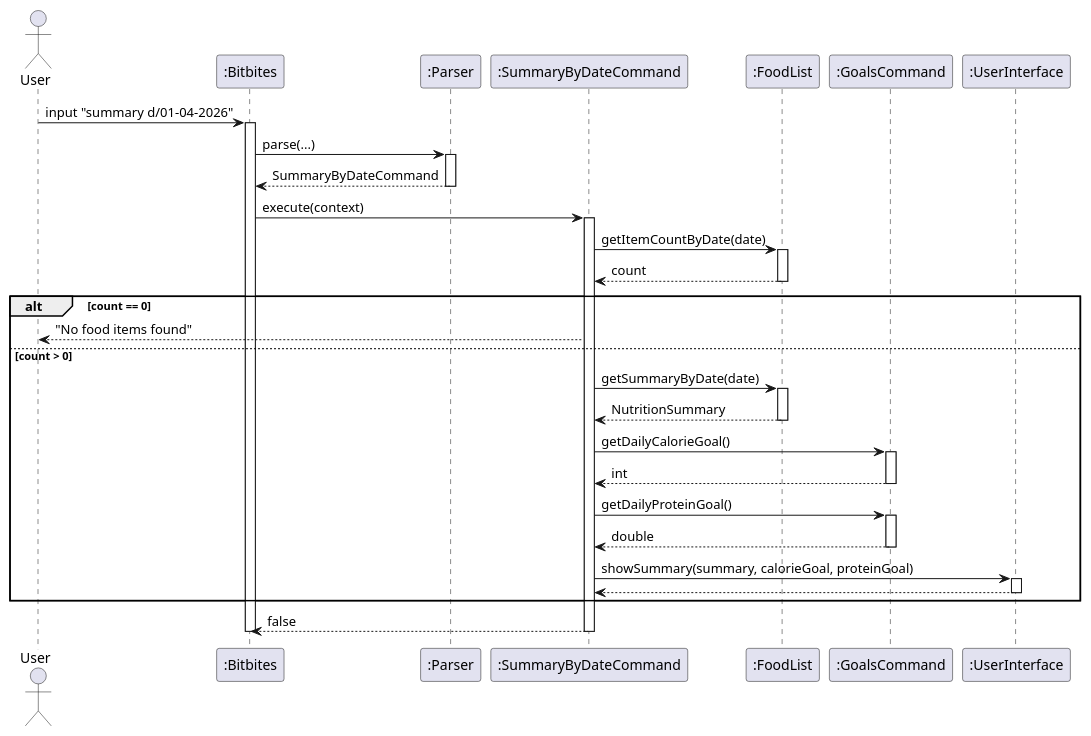
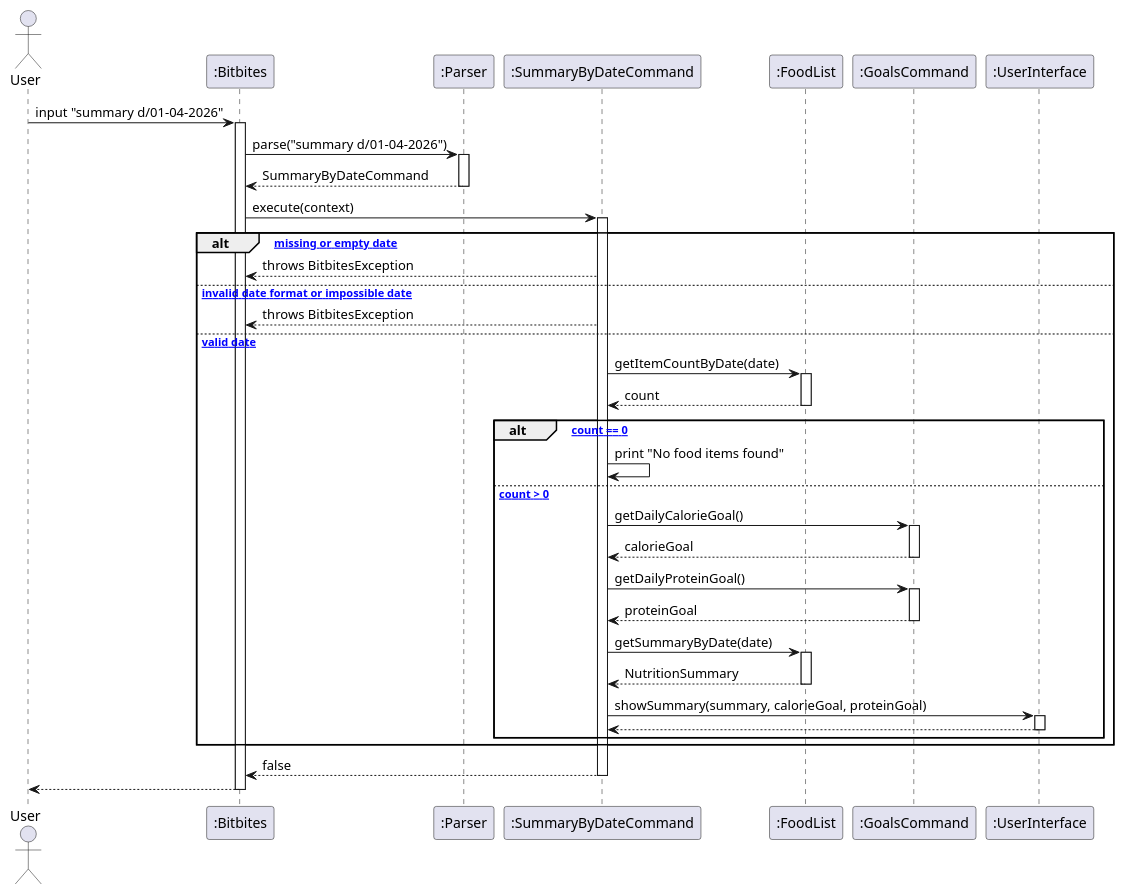
One commit to bryanyeo3125/tp changed the diagram in docs/uml/summary_date.puml. Above: the diagram before and after it, drawn with PlantUML. The commit also changed 15 other files, not shown here.

Commit message:
Update UML

```diff
--- a/docs/uml/summary_date.puml
+++ b/docs/uml/summary_date.puml
@@ -1,53 +1,61 @@
 @startuml
 actor User
 participant ":Bitbites" as Bitbites
 participant ":Parser" as Parser
-participant ":SummaryByDateCommand" as Cmd
+participant ":SummaryByDateCommand" as SummaryByDateCommand
 participant ":FoodList" as FoodList
-participant ":GoalsCommand" as Goals
+participant ":GoalsCommand" as GoalsCommand
 participant ":UserInterface" as UI
 
 User -> Bitbites : input "summary d/01-04-2026"
 activate Bitbites
 
-Bitbites -> Parser : parse(...)
+Bitbites -> Parser : parse("summary d/01-04-2026")
 activate Parser
 Parser --> Bitbites : SummaryByDateCommand
 deactivate Parser
 
-Bitbites -> Cmd : execute(context)
-activate Cmd
+Bitbites -> SummaryByDateCommand : execute(context)
+activate SummaryByDateCommand
 
-Cmd -> FoodList : getItemCountByDate(date)
-activate FoodList
-FoodList --> Cmd : count
-deactivate FoodList
+alt [* missing or empty date]
+  SummaryByDateCommand --> Bitbites : throws BitbitesException
+else [* invalid date format or impossible date]
+  SummaryByDateCommand --> Bitbites : throws BitbitesException
+else [* valid date]
+  SummaryByDateCommand -> FoodList : getItemCountByDate(date)
+  activate FoodList
+  FoodList --> SummaryByDateCommand : count
+  deactivate FoodList
 
-alt count == 0
-    Cmd --> User : "No food items found"
-else count > 0
-    Cmd -> FoodList : getSummaryByDate(date)
+  alt [* count == 0]
+    SummaryByDateCommand -> SummaryByDateCommand : print "No food items found"
+  else [* count > 0]
+    SummaryByDateCommand -> GoalsCommand : getDailyCalorieGoal()
+    activate GoalsCommand
+    GoalsCommand --> SummaryByDateCommand : calorieGoal
+    deactivate GoalsCommand
+
+    SummaryByDateCommand -> GoalsCommand : getDailyProteinGoal()
+    activate GoalsCommand
+    GoalsCommand --> SummaryByDateCommand : proteinGoal
+    deactivate GoalsCommand
+
+    SummaryByDateCommand -> FoodList : getSummaryByDate(date)
     activate FoodList
-    FoodList --> Cmd : NutritionSummary
+    FoodList --> SummaryByDateCommand : NutritionSummary
     deactivate FoodList
 
-    Cmd -> Goals : getDailyCalorieGoal()
-    activate Goals
-    Goals --> Cmd : int
-    deactivate Goals
-
-    Cmd -> Goals : getDailyProteinGoal()
-    activate Goals
-    Goals --> Cmd : double
-    deactivate Goals
-
-    Cmd -> UI : showSummary(summary, calorieGoal, proteinGoal)
+    SummaryByDateCommand -> UI : showSummary(summary, calorieGoal, proteinGoal)
     activate UI
-    UI --> Cmd
+    UI --> SummaryByDateCommand
     deactivate UI
+  end
 end
 
-Cmd --> Bitbites : false
-deactivate Cmd
+SummaryByDateCommand --> Bitbites : false
+deactivate SummaryByDateCommand
+
+Bitbites --> User
 deactivate Bitbites
 @enduml
```
